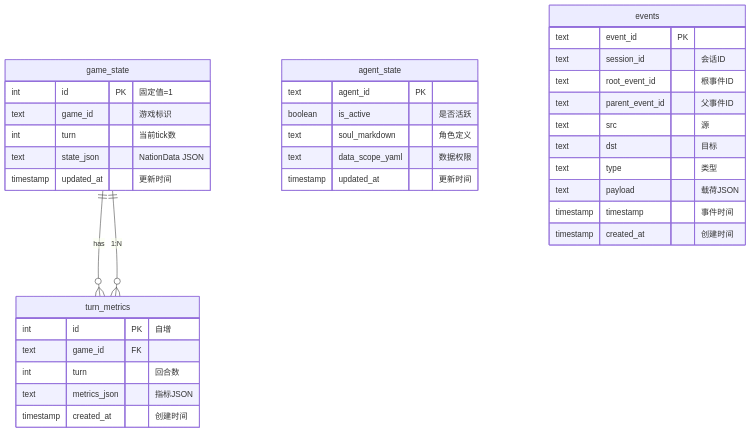
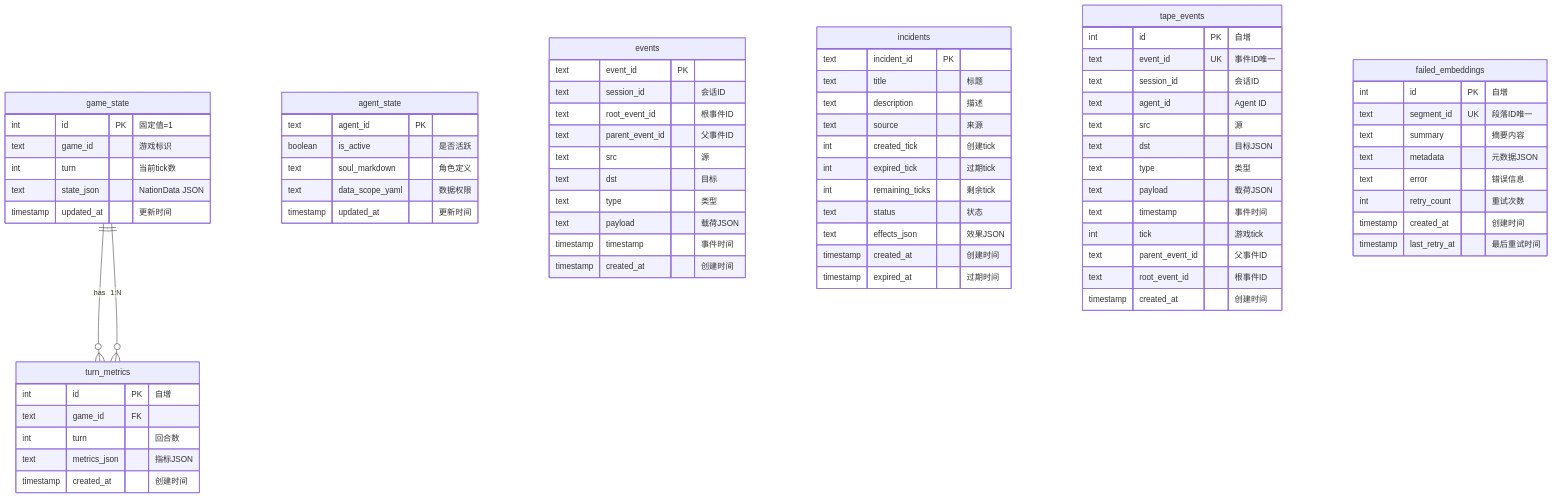
The second of 9 diagrams in src/simu_emperor/persistence/AGENTS.md (ykfnxx/simu-emperor), drawn with Mermaid before and after one commit. The commit also changed other lines of this file and 5 other files, not shown here.

First line of the commit message:
docs(v4.2): update all AGENTS.md and CLAUDE.md for V4.2 architecture

````diff
--- a/src/simu_emperor/persistence/AGENTS.md
+++ b/src/simu_emperor/persistence/AGENTS.md
@@ -121,5 +140,46 @@
         timestamp created_at "创建时间"
     }
 
+    incidents {
+        text incident_id PK
+        text title "标题"
+        text description "描述"
+        text source "来源"
+        int created_tick "创建tick"
+        int expired_tick "过期tick"
+        int remaining_ticks "剩余tick"
+        text status "状态"
+        text effects_json "效果JSON"
+        timestamp created_at "创建时间"
+        timestamp expired_at "过期时间"
+    }
+
+    tape_events {
+        int id PK "自增"
+        text event_id UK "事件ID唯一"
+        text session_id "会话ID"
+        text agent_id "Agent ID"
+        text src "源"
+        text dst "目标JSON"
+        text type "类型"
+        text payload "载荷JSON"
+        text timestamp "事件时间"
+        int tick "游戏tick"
+        text parent_event_id "父事件ID"
+        text root_event_id "根事件ID"
+        timestamp created_at "创建时间"
+    }
+
+    failed_embeddings {
+        int id PK "自增"
+        text segment_id UK "段落ID唯一"
+        text summary "摘要内容"
+        text metadata "元数据JSON"
+        text error "错误信息"
+        int retry_count "重试次数"
+        timestamp created_at "创建时间"
+        timestamp last_retry_at "最后重试时间"
+    }
+
     game_state ||--o{ turn_metrics : "1:N"
 ```
````
